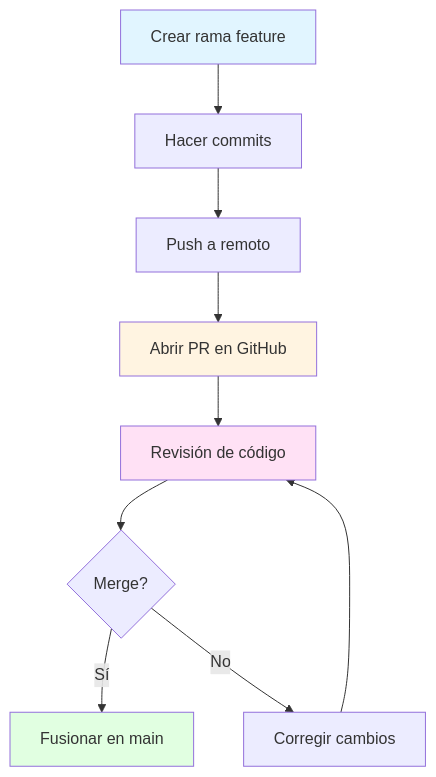
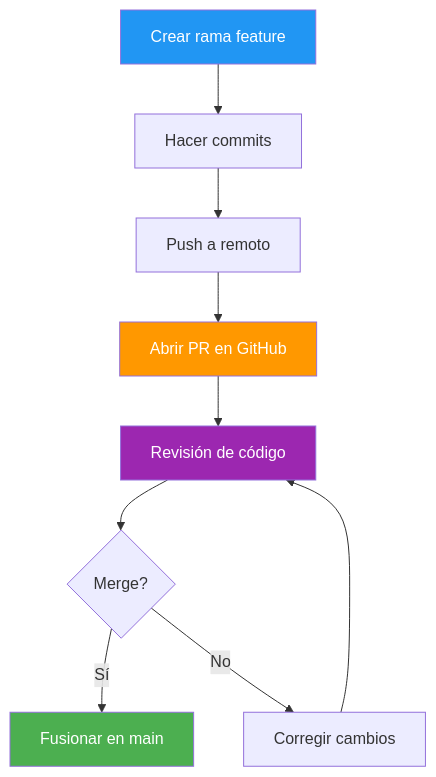
Before and after one commit to joseluisgs/EntornosDesarrollo-03-2026-2027: the first of 7 diagrams in 04-colaboracion.md, drawn with Mermaid. The commit also changed other lines of this file and 5 other files, not shown here.

````diff
--- a/04-colaboracion.md
+++ b/04-colaboracion.md
@@ -44,16 +87,16 @@
 ```mermaid
 graph TB
     A[Crear rama feature] --> B[Hacer commits]
     B --> C[Push a remoto]
     C --> D[Abrir PR en GitHub]
     D --> E[Revisión de código]
     E --> F{Merge?}
     F -->|Sí| G[Fusionar en main]
     F -->|No| H[Corregir cambios]
     H --> E
     
-    style A fill:#e1f5ff
-    style D fill:#fff4e1
-    style E fill:#ffe1f5
-    style G fill:#e1ffe1
+    style A fill:#2196F3,color:#fff
+    style D fill:#FF9800,color:#fff
+    style E fill:#9C27B0,color:#fff
+    style G fill:#4CAF50,color:#fff
 ```
````
